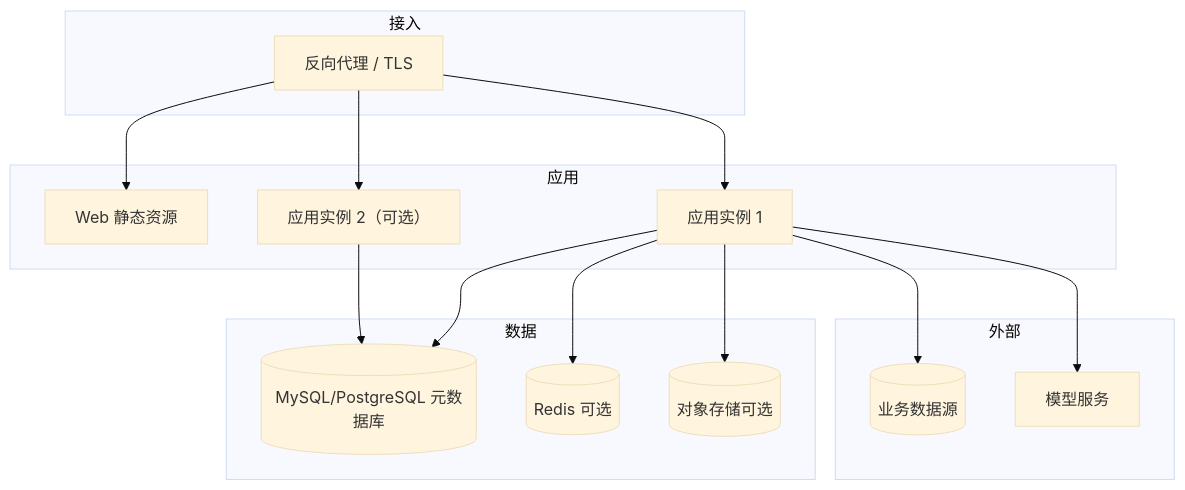
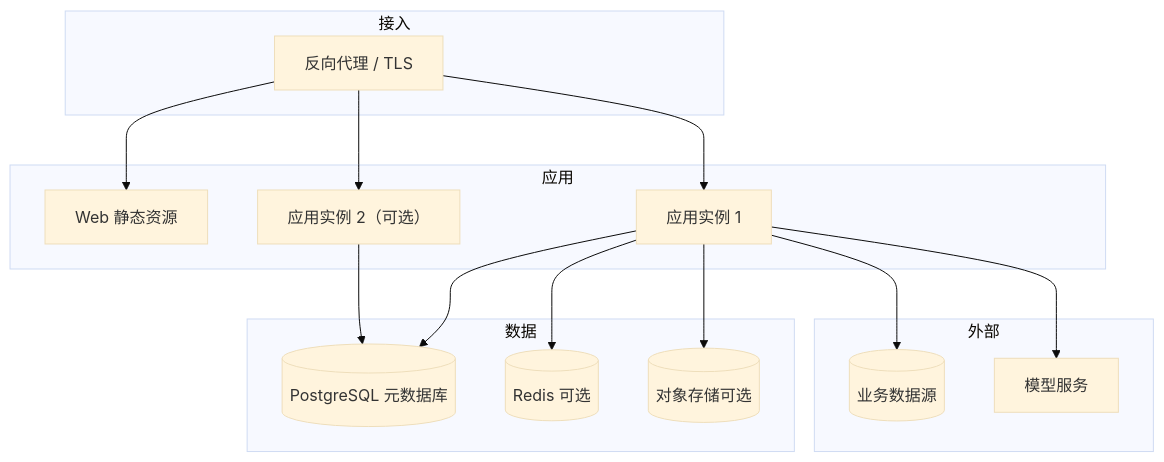
One commit to huansi-group/orchard changed the second of 18 diagrams in docs/dataagent/03-functional-design.md. Above: the diagram before and after it, drawn with Mermaid (base theme). The commit also changed other lines of this file and 8 other files, not shown here.

First line of the commit message:
docs: 按 PostgreSQL/MyBatis-Plus/Flyway 调整设计与表结构

````diff
--- a/docs/dataagent/03-functional-design.md
+++ b/docs/dataagent/03-functional-design.md
@@ -129,29 +129,29 @@
 ```mermaid
 flowchart TB
   subgraph 接入
     LB[反向代理 / TLS]
   end
   subgraph 应用
     WEB[Web 静态资源]
     APP1[应用实例 1]
     APP2[应用实例 2（可选）]
   end
   subgraph 数据
-    DB[(MySQL/PostgreSQL 元数据库)]
+    DB[(PostgreSQL 元数据库)]
     REDIS[(Redis 可选)]
     OBJ[(对象存储可选)]
   end
   subgraph 外部
     SRC[(业务数据源)]
     LLM[模型服务]
   end
   LB --> WEB
   LB --> APP1
   LB --> APP2
   APP1 --> DB
   APP2 --> DB
   APP1 --> REDIS
   APP1 --> OBJ
   APP1 --> SRC
   APP1 --> LLM
 ```
````
